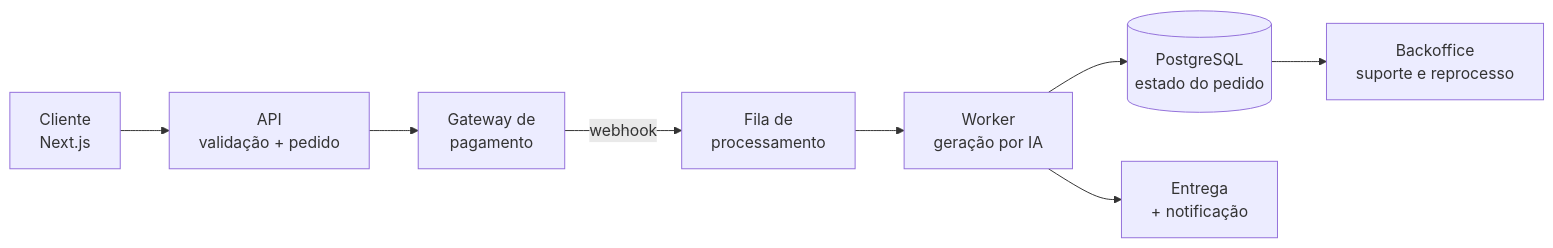
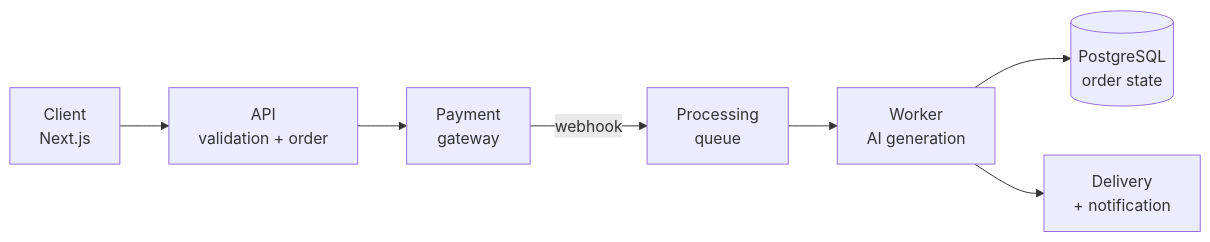
One commit to elielfilhodev/elielfilhodev changed the diagram in README.md. Above: the diagram before and after it, drawn with Mermaid. The commit also changed other lines of this file, not shown here.

````diff
--- a/README.md
+++ b/README.md
@@ -209,10 +120,9 @@
 ```mermaid
 flowchart LR
-    A["Cliente<br/>Next.js"] --> B["API<br/>validação + pedido"]
-    B --> C["Gateway de<br/>pagamento"]
-    C -- webhook --> D["Fila de<br/>processamento"]
-    D --> E["Worker<br/>geração por IA"]
-    E --> F[("PostgreSQL<br/>estado do pedido")]
-    E --> G["Entrega<br/>+ notificação"]
-    F --> H["Backoffice<br/>suporte e reprocesso"]
+    A["Client<br/>Next.js"] --> B["API<br/>validation + order"]
+    B --> C["Payment<br/>gateway"]
+    C -- webhook --> D["Processing<br/>queue"]
+    D --> E["Worker<br/>AI generation"]
+    E --> F[("PostgreSQL<br/>order state")]
+    E --> G["Delivery<br/>+ notification"]
 ```
````
